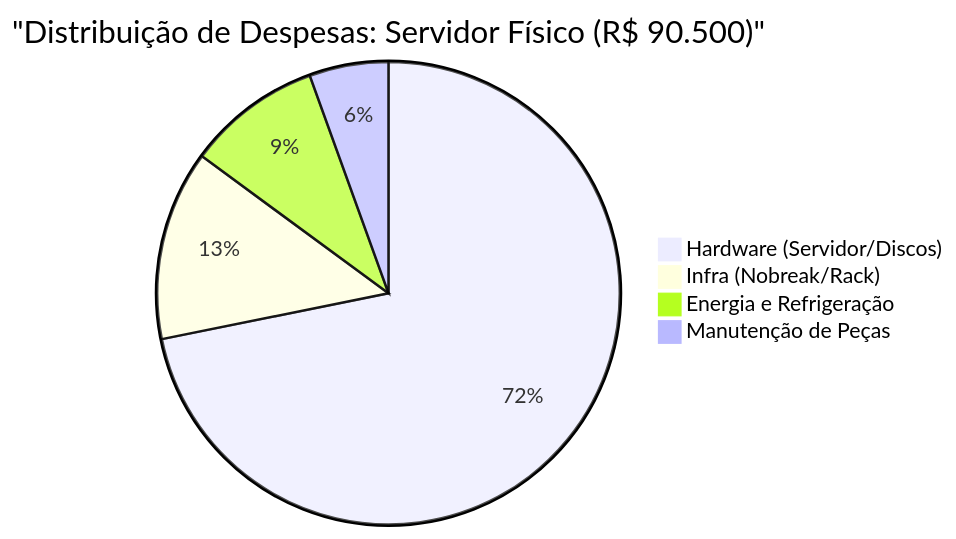
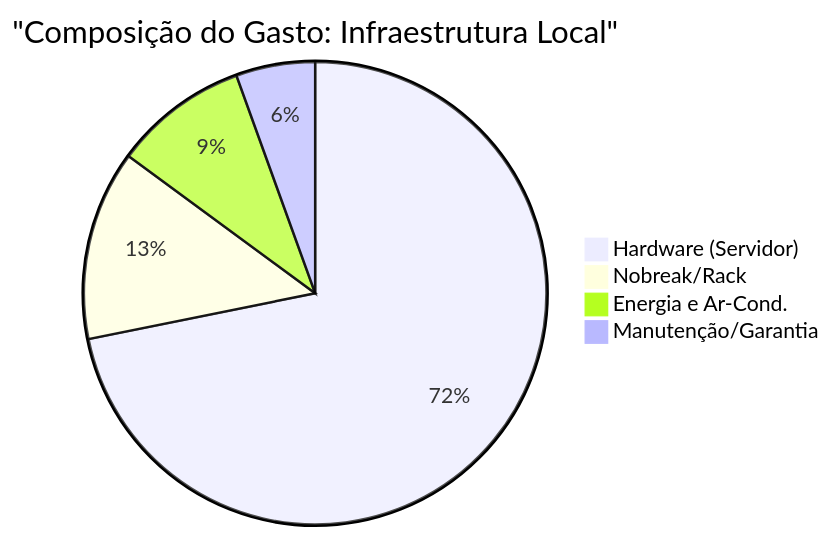
The third of 3 diagrams in ESTUDO DE CASO.md (Darw7nn/Aula-S.O), drawn with Mermaid before and after one commit. The commit also changed other lines of this file, not shown here.

````diff
--- a/ESTUDO DE CASO.md
+++ b/ESTUDO DE CASO.md
@@ -138,7 +115,7 @@
 ```mermaid
-pie title "Distribuição de Despesas: Servidor Físico (R$ 90.500)"
-    "Hardware (Servidor/Discos)" : 65000
-    "Infra (Nobreak/Rack)" : 12000
-    "Energia e Refrigeração" : 8500
-    "Manutenção de Peças" : 5000
+pie title "Composição do Gasto: Infraestrutura Local"
+    "Hardware (Servidor)" : 65000
+    "Nobreak/Rack" : 12000
+    "Energia e Ar-Cond." : 8500
+    "Manutenção/Garantia" : 5000
 ```
````
